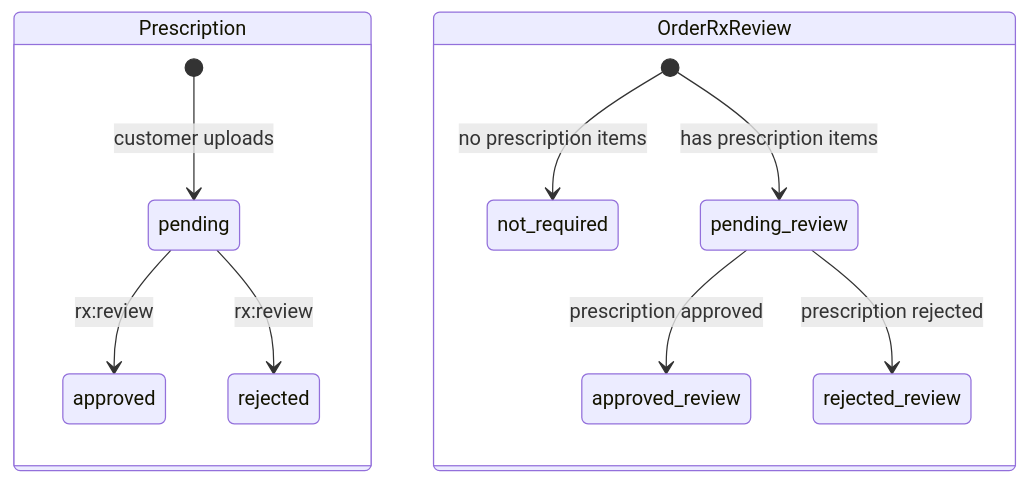
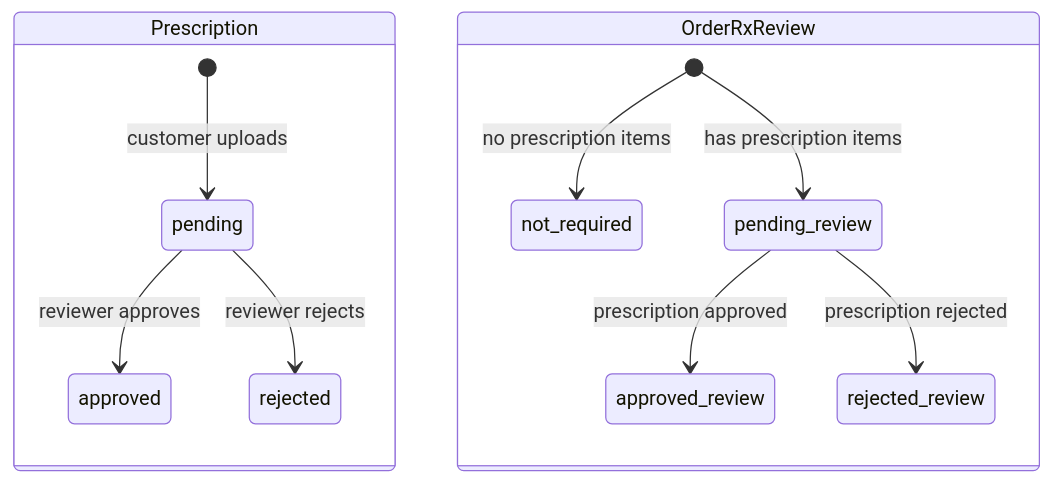
The eighth of 8 diagrams in docs/flows/state-machines.md (Ai-NativeLab/ServeOs), drawn with Mermaid before and after one commit. The commit also changed other lines of this file and 2 other files, not shown here.

Commit message:
docs: fix Mermaid syntax so every diagram parses
Semicolons end a statement in sequence diagrams and a second colon breaks a
state-diagram label; both truncated diagrams. All 24 diagrams in the PR's
docs now pass mermaid.parse (mermaid 11.4.1).

````diff
--- a/docs/flows/state-machines.md
+++ b/docs/flows/state-machines.md
@@ -207,14 +207,14 @@
 ```mermaid
 stateDiagram-v2
     state Prescription {
         [*] --> pending: customer uploads
-        pending --> approved: rx:review
-        pending --> rejected: rx:review
+        pending --> approved: reviewer approves
+        pending --> rejected: reviewer rejects
     }
     state OrderRxReview {
         [*] --> not_required: no prescription items
         [*] --> pending_review: has prescription items
         pending_review --> approved_review: prescription approved
         pending_review --> rejected_review: prescription rejected
     }
 ```
````
